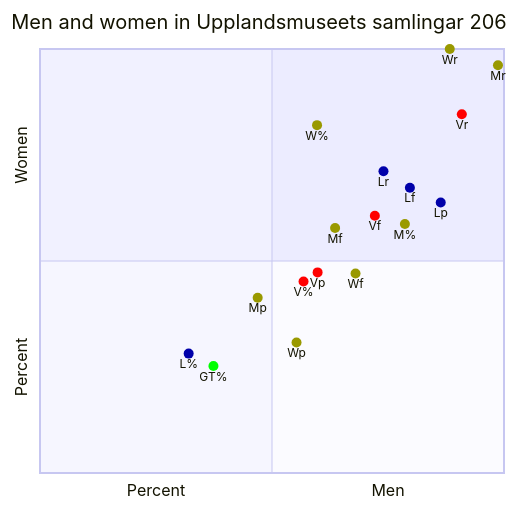
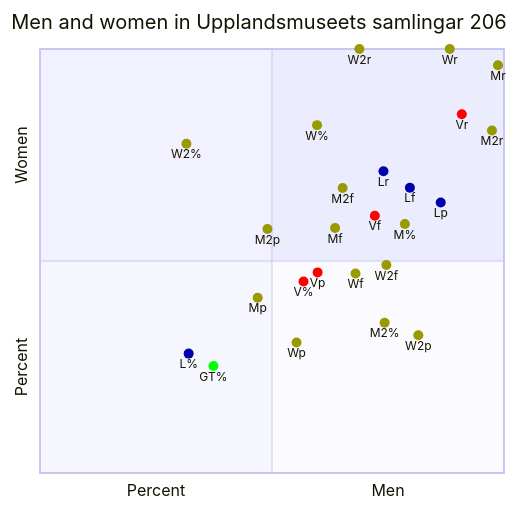
One commit to Modern36/tropes_1500 changed the third of 11 diagrams in browser/scatter.md. Above: the diagram before and after it, drawn with Mermaid. The commit also changed other lines of this file and 319 other files, not shown here.

````diff
--- a/browser/scatter.md
+++ b/browser/scatter.md
@@ -71,24 +87,32 @@
 ```mermaid
 quadrantChart
     title Men and women in Upplandsmuseets samlingar 206
     x-axis Percent --> Men
     y-axis Percent --> Women
     M%: [0.7864077669902912, 0.587378640776699] color: #999900
+    M2%: [0.7427184466019418, 0.35436893203883496] color: #999900
     W%: [0.5970873786407767, 0.8203883495145631] color: #999900
+    W2%: [0.3155339805825243, 0.7766990291262136] color: #999900
     GT%: [0.3737864077669903, 0.2524271844660194] color: #00FF00
     V%: [0.5679611650485437, 0.45145631067961167] color: #FF0000
     L%: [0.32038834951456313, 0.2815533980582524] color: #0000AA
-    Lf: [0.7972027972027972, 0.6727272727272727]  color: #0000AA
+    Lf: [0.7972027972027972, 0.6727272727272728]  color: #0000AA
     Lp: [0.8636363636363636, 0.6379310344827587]  color: #0000AA
     Lr: [0.7402597402597403, 0.7115384615384616]  color: #0000AA
     Vf: [0.7216494845360825, 0.6068965517241379]  color: #FF0000
     Vp: [0.5982905982905983, 0.4731182795698925]  color: #FF0000
     Vr: [0.9090909090909091, 0.8461538461538461]  color: #FF0000
+    W2f: [0.7464788732394366, 0.4905660377358491]  color: #999900
+    W2p: [0.8153846153846154, 0.325]  color: #999900
+    W2r: [0.6883116883116883, 0.9999]  color: #999900
     Wf: [0.68, 0.47058823529411764]  color: #999900
     Wp: [0.5528455284552846, 0.3076923076923077]  color: #999900
     Wr: [0.8831168831168831, 0.9999]  color: #999900
-    Mf: [0.6359832635983264, 0.5780346820809249]  color: #999900
+    M2f: [0.6521739130434783, 0.672]  color: #999900
+    M2p: [0.49019607843137253, 0.5753424657534246]  color: #999900
+    M2r: [0.974025974025974, 0.8076923076923077]  color: #999900
+    Mf: [0.6359832635983264, 0.5780346820809248]  color: #999900
     Mp: [0.4691358024691358, 0.4132231404958678]  color: #999900
     Mr: [0.987012987012987, 0.9615384615384616]  color: #999900
 
 ```
````
